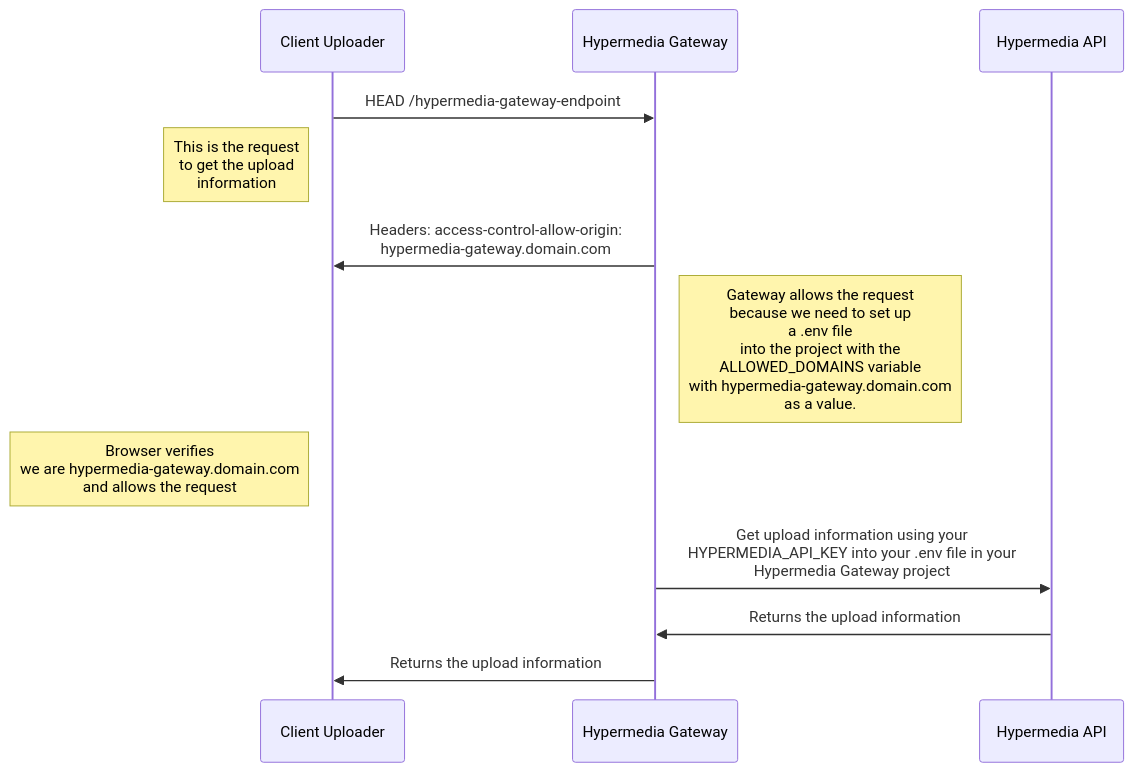
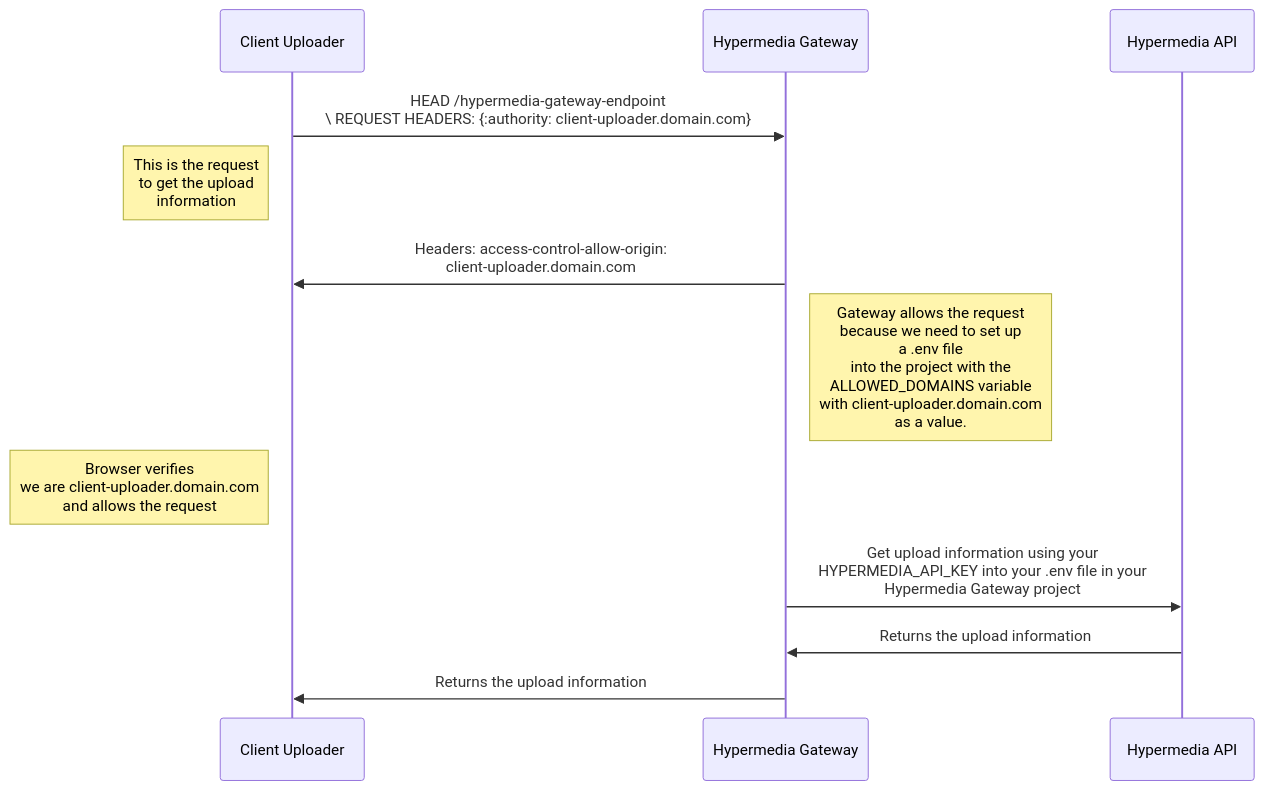
One commit to hypermedialabs/uploader changed the diagram in README.md. Above: the diagram before and after it, drawn with Mermaid.

Commit message:
README updated

````diff
--- a/README.md
+++ b/README.md
@@ -53,11 +53,11 @@
 ```mermaid
 sequenceDiagram
-Client Uploader ->> Hypermedia Gateway: HEAD /hypermedia-gateway-endpoint
+Client Uploader ->> Hypermedia Gateway: HEAD /hypermedia-gateway-endpoint <br/> \ REQUEST HEADERS: {:authority: client-uploader.domain.com}
 Note left of Client Uploader: This is the request <br/> to get the upload <br/> information
-Hypermedia Gateway->>Client Uploader: Headers: access-control-allow-origin: <br/> hypermedia-gateway.domain.com
-Note right of Hypermedia Gateway: Gateway allows the request <br/> because we need to set up <br/> a .env file <br/> into the project with the <br/> ALLOWED_DOMAINS variable <br/> with hypermedia-gateway.domain.com <br/> as a value.
-Note left of Client Uploader: Browser verifies <br/> we are hypermedia-gateway.domain.com <br/> and allows the request
+Hypermedia Gateway->>Client Uploader: Headers: access-control-allow-origin: <br/> client-uploader.domain.com
+Note right of Hypermedia Gateway: Gateway allows the request <br/> because we need to set up <br/> a .env file <br/> into the project with the <br/> ALLOWED_DOMAINS variable <br/> with client-uploader.domain.com <br/> as a value.
+Note left of Client Uploader: Browser verifies <br/> we are client-uploader.domain.com <br/> and allows the request
 Hypermedia Gateway ->> Hypermedia API: Get upload information using your <br/> HYPERMEDIA_API_KEY into your .env file in your <br/> Hypermedia Gateway project
 Hypermedia API ->> Hypermedia Gateway: Returns the upload information
 Hypermedia Gateway ->> Client Uploader: Returns the upload information
 ```
````
